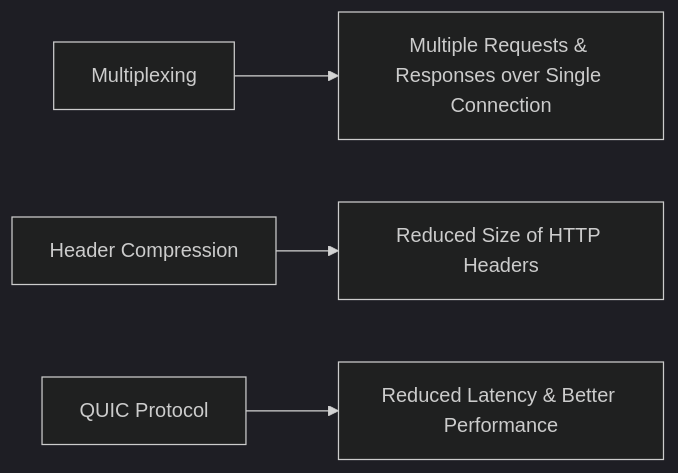
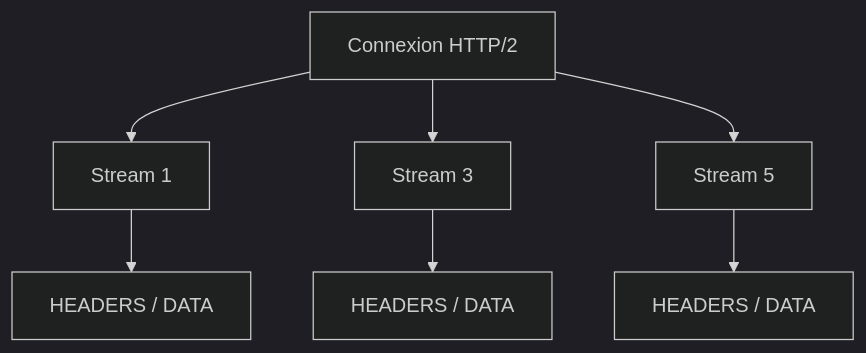
Before and after one commit to michaellaunay/NotesPubliques: the third of 3 diagrams in cours/HTTP.md, drawn with Mermaid (dark theme). The commit also changed other lines of this file, not shown here.

````diff
--- a/cours/HTTP.md
+++ b/cours/HTTP.md
@@ -256,6 +835,9 @@
 ```mermaid
-graph LR
-    A[Multiplexing] --> B[Multiple Requests & Responses over Single Connection]
-    C[Header Compression] --> D[Reduced Size of HTTP Headers]
-    E[QUIC Protocol] --> F[Reduced Latency & Better Performance]
+graph TD
+    C[Connexion HTTP/2] --> S1[Stream 1]
+    C --> S3[Stream 3]
+    C --> S5[Stream 5]
+    S1 --> F1[HEADERS / DATA]
+    S3 --> F3[HEADERS / DATA]
+    S5 --> F5[HEADERS / DATA]
 ```
````
